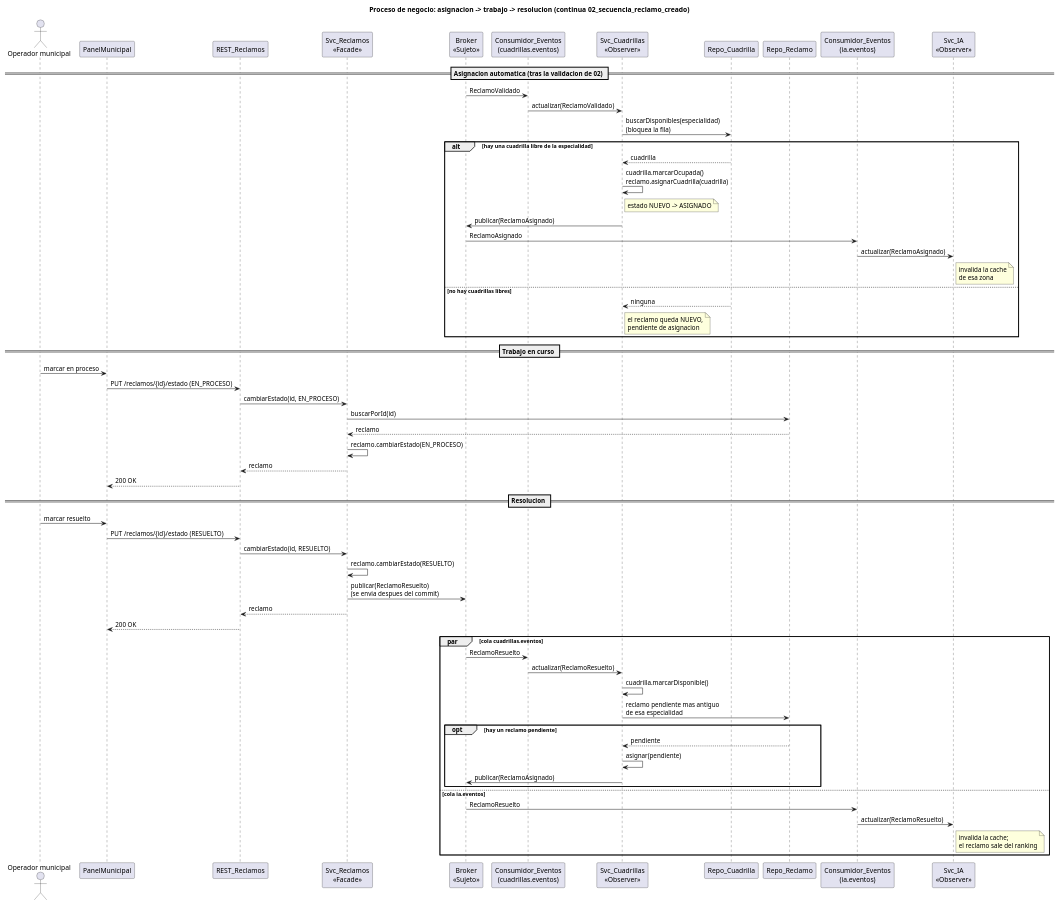
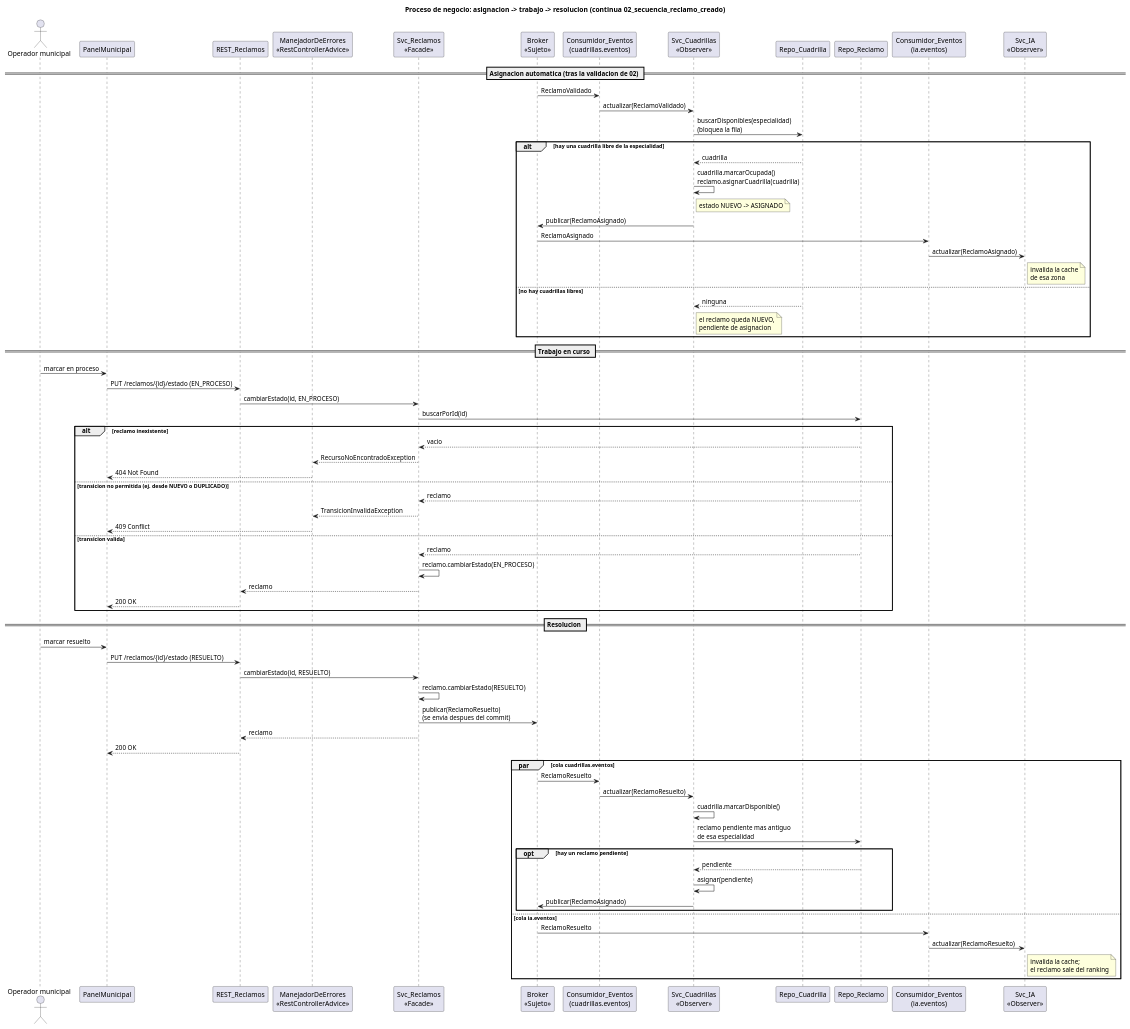
One commit to francolovera24/Backend-TicketeraMunicipal-DDA2 changed the diagram in docs/07_secuencia_asignacion_resolucion.puml. Above: the diagram before and after it, drawn with PlantUML. The commit also changed 2 other files, not shown here.

Commit message:
Punto 9: manejo de errores reflejado en las secuencias
El @RestControllerAdvice (ManejadorDeErrores) ya existia desde la etapa
4 con 400 (Bean Validation y ValidacionException), 404
(RecursoNoEncontradoException) y 409, cubiertos por
ApiErroresIntegracionTest. Las secuencias 02 (alta), 03 (resumen) y 07
(cambio de estado) suman bloques alt con los caminos de error.

```diff
--- a/docs/07_secuencia_asignacion_resolucion.puml
+++ b/docs/07_secuencia_asignacion_resolucion.puml
@@ -1,71 +1,83 @@
 @startuml
 title Proceso de negocio: asignacion -> trabajo -> resolucion (continua 02_secuencia_reclamo_creado)
 
 actor "Operador municipal" as Operador
 participant PanelMunicipal as Panel
 participant "REST_Reclamos" as REST
+participant "ManejadorDeErrores\n<<RestControllerAdvice>>" as Errores
 participant "Svc_Reclamos\n<<Facade>>" as Svc
 participant "Broker\n<<Sujeto>>" as Broker
 participant "Consumidor_Eventos\n(cuadrillas.eventos)" as ConsCuad
 participant "Svc_Cuadrillas\n<<Observer>>" as Cuadrillas
 participant "Repo_Cuadrilla" as RepoCuad
 participant "Repo_Reclamo" as Repo
 participant "Consumidor_Eventos\n(ia.eventos)" as ConsIA
 participant "Svc_IA\n<<Observer>>" as IA
 
 == Asignacion automatica (tras la validacion de 02) ==
 
 Broker -> ConsCuad : ReclamoValidado
 ConsCuad -> Cuadrillas : actualizar(ReclamoValidado)
 Cuadrillas -> RepoCuad : buscarDisponibles(especialidad)\n(bloquea la fila)
 
 alt hay una cuadrilla libre de la especialidad
     RepoCuad --> Cuadrillas : cuadrilla
     Cuadrillas -> Cuadrillas : cuadrilla.marcarOcupada()\nreclamo.asignarCuadrilla(cuadrilla)
     note right of Cuadrillas : estado NUEVO -> ASIGNADO
     Cuadrillas -> Broker : publicar(ReclamoAsignado)
     Broker -> ConsIA : ReclamoAsignado
     ConsIA -> IA : actualizar(ReclamoAsignado)
     note right of IA : invalida la cache\nde esa zona
 else no hay cuadrillas libres
     RepoCuad --> Cuadrillas : ninguna
     note right of Cuadrillas : el reclamo queda NUEVO,\npendiente de asignacion
 end
 
 == Trabajo en curso ==
 
 Operador -> Panel : marcar en proceso
 Panel -> REST : PUT /reclamos/{id}/estado (EN_PROCESO)
 REST -> Svc : cambiarEstado(id, EN_PROCESO)
 Svc -> Repo : buscarPorId(id)
-Repo --> Svc : reclamo
-Svc -> Svc : reclamo.cambiarEstado(EN_PROCESO)
-Svc --> REST : reclamo
-REST --> Panel : 200 OK
+
+alt reclamo inexistente
+    Repo --> Svc : vacio
+    Svc --> Errores : RecursoNoEncontradoException
+    Errores --> Panel : 404 Not Found
+else transicion no permitida (ej. desde NUEVO o DUPLICADO)
+    Repo --> Svc : reclamo
+    Svc --> Errores : TransicionInvalidaException
+    Errores --> Panel : 409 Conflict
+else transicion valida
+    Repo --> Svc : reclamo
+    Svc -> Svc : reclamo.cambiarEstado(EN_PROCESO)
+    Svc --> REST : reclamo
+    REST --> Panel : 200 OK
+end
 
 == Resolucion ==
 
 Operador -> Panel : marcar resuelto
 Panel -> REST : PUT /reclamos/{id}/estado (RESUELTO)
 REST -> Svc : cambiarEstado(id, RESUELTO)
 Svc -> Svc : reclamo.cambiarEstado(RESUELTO)
 Svc -> Broker : publicar(ReclamoResuelto)\n(se envia despues del commit)
 Svc --> REST : reclamo
 REST --> Panel : 200 OK
 
 par cola cuadrillas.eventos
     Broker -> ConsCuad : ReclamoResuelto
     ConsCuad -> Cuadrillas : actualizar(ReclamoResuelto)
     Cuadrillas -> Cuadrillas : cuadrilla.marcarDisponible()
     Cuadrillas -> Repo : reclamo pendiente mas antiguo\nde esa especialidad
     opt hay un reclamo pendiente
         Repo --> Cuadrillas : pendiente
         Cuadrillas -> Cuadrillas : asignar(pendiente)
         Cuadrillas -> Broker : publicar(ReclamoAsignado)
     end
 else cola ia.eventos
     Broker -> ConsIA : ReclamoResuelto
     ConsIA -> IA : actualizar(ReclamoResuelto)
     note right of IA : invalida la cache;\nel reclamo sale del ranking
 end
 @enduml
```
